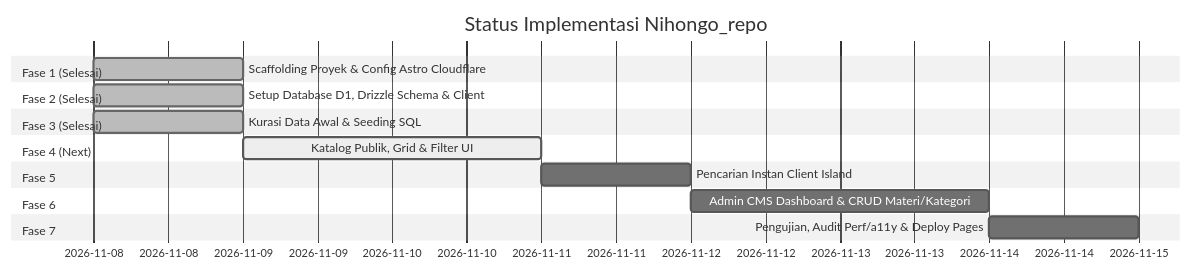
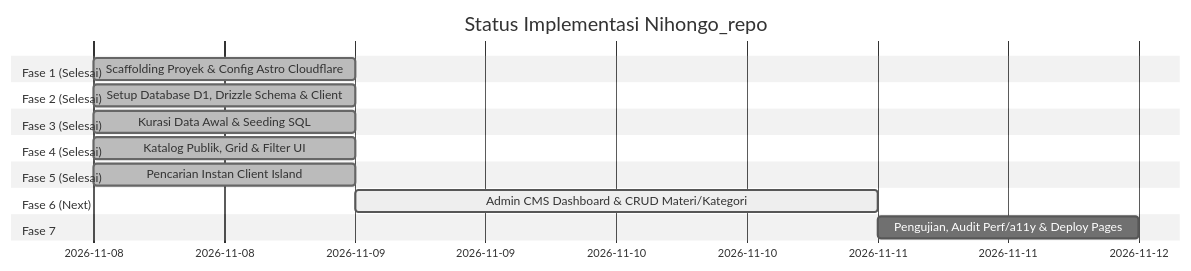
Before and after one commit to cirilalacture/Nihongo-Repo: the diagram in doc/IMPLEMENTATION_PLAN.md, drawn with Mermaid (neutral theme). The commit also changed other lines of this file and 9 other files, not shown here.

````diff
--- a/doc/IMPLEMENTATION_PLAN.md
+++ b/doc/IMPLEMENTATION_PLAN.md
@@ -18,19 +18,19 @@
 ```mermaid
 gantt
     title Status Implementasi Nihongo_repo
     dateFormat  YYYY-MM-DD
     section Fase 1 (Selesai)
     Scaffolding Proyek & Config Astro Cloudflare :done, f1, 2026-11-08, 1d
     section Fase 2 (Selesai)
     Setup Database D1, Drizzle Schema & Client   :done, f2, 2026-11-08, 1d
     section Fase 3 (Selesai)
     Kurasi Data Awal & Seeding SQL                :done, f3, 2026-11-08, 1d
-    section Fase 4 (Next)
-    Katalog Publik, Grid & Filter UI             :active, f4, 2026-11-09, 2d
-    section Fase 5
-    Pencarian Instan Client Island               :f5, after f4, 1d
-    section Fase 6
-    Admin CMS Dashboard & CRUD Materi/Kategori   :f6, after f5, 2d
+    section Fase 4 (Selesai)
+    Katalog Publik, Grid & Filter UI             :done, f4, 2026-11-08, 1d
+    section Fase 5 (Selesai)
+    Pencarian Instan Client Island               :done, f5, 2026-11-08, 1d
+    section Fase 6 (Next)
+    Admin CMS Dashboard & CRUD Materi/Kategori   :active, f6, 2026-11-09, 2d
     section Fase 7
     Pengujian, Audit Perf/a11y & Deploy Pages    :f7, after f6, 1d
 ```
````
